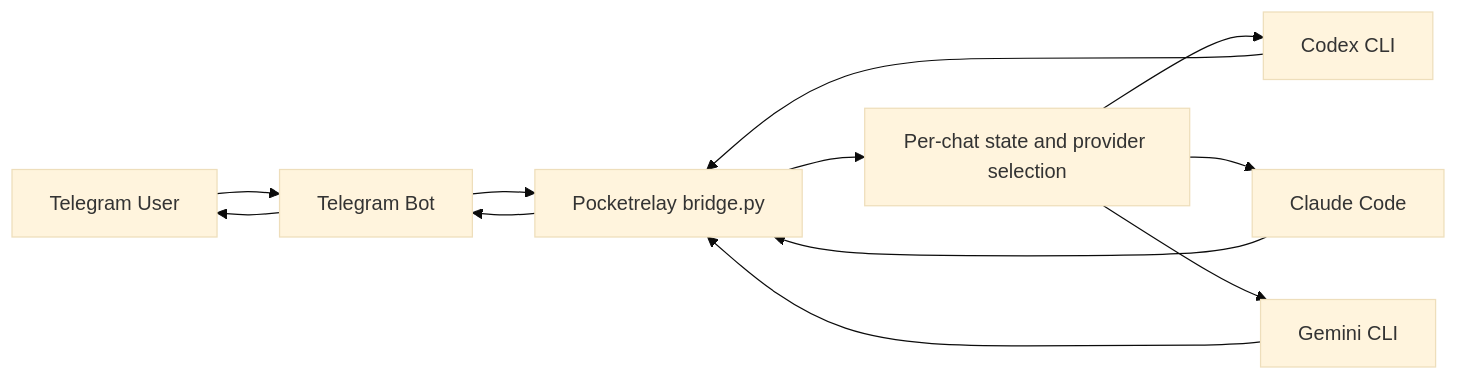
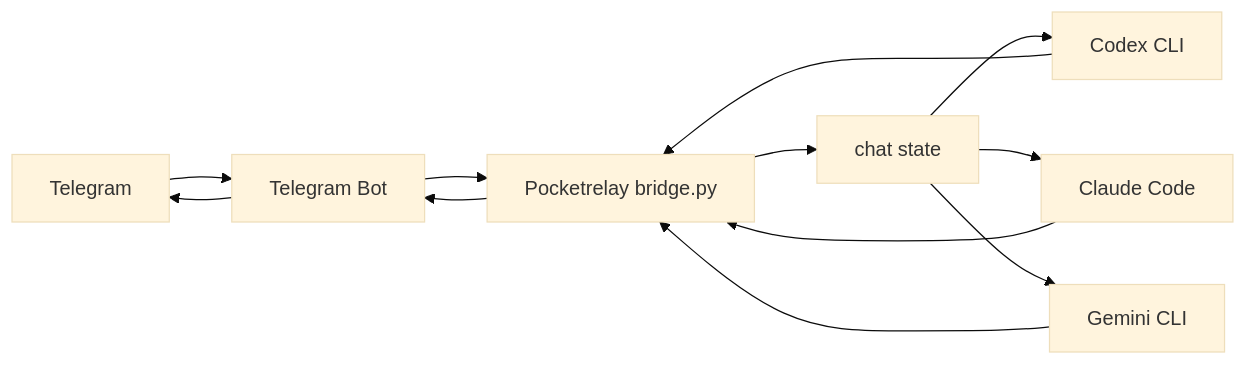
One commit to Hiroki-Nagao/pocketrelay changed the diagram in README.ja.md. Above: the diagram before and after it, drawn with Mermaid (base theme). The commit also changed other lines of this file and 1 other file, not shown here.

````diff
--- a/README.ja.md
+++ b/README.ja.md
@@ -38,14 +34,14 @@
 ```mermaid
 flowchart LR
-    U[Telegram User] --> B[Telegram Bot]
+    U[Telegram] --> B[Telegram Bot]
     B --> P[Pocketrelay bridge.py]
-    P --> S[Per-chat state and provider selection]
+    P --> S[chat state]
     S --> C1[Codex CLI]
     S --> C2[Claude Code]
     S --> C3[Gemini CLI]
     C1 --> P
     C2 --> P
     C3 --> P
     P --> B
     B --> U
 ```
````
